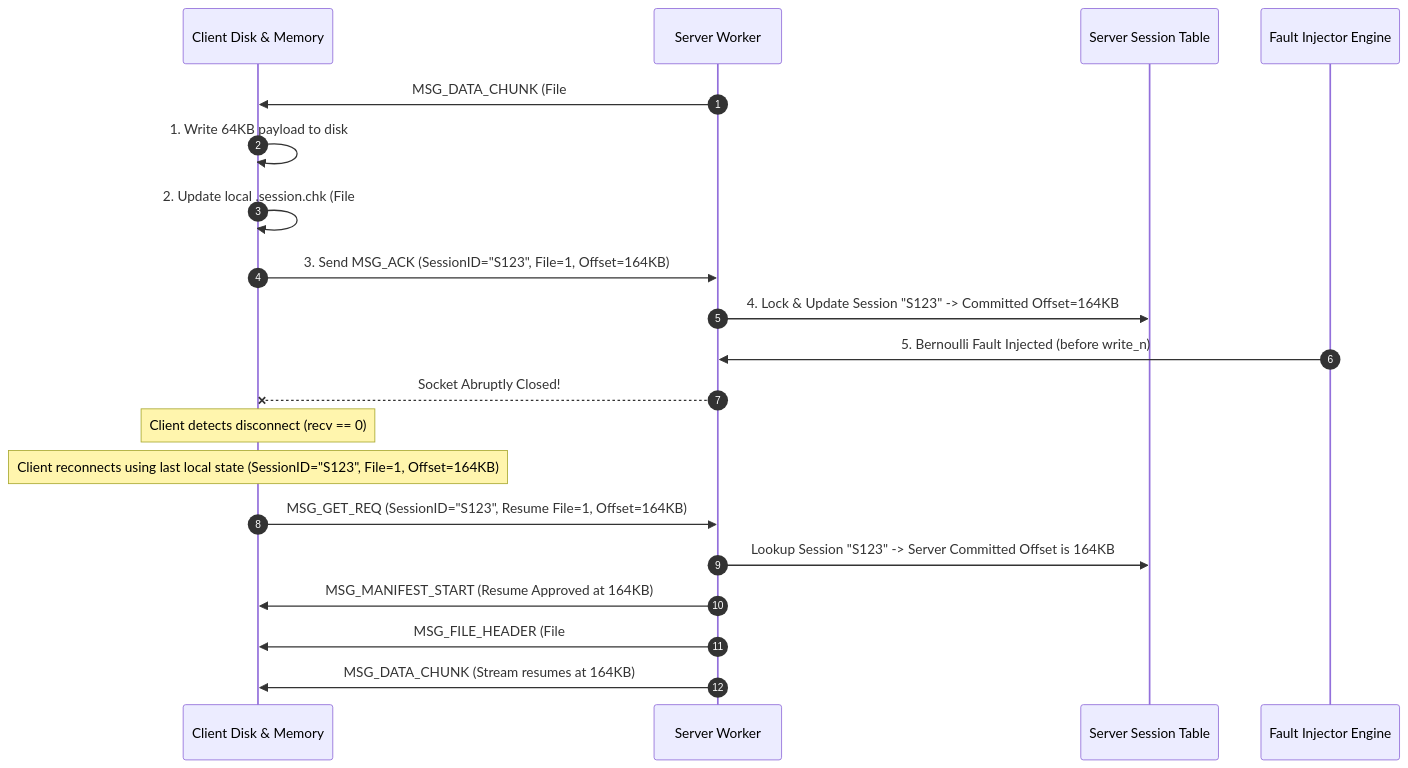
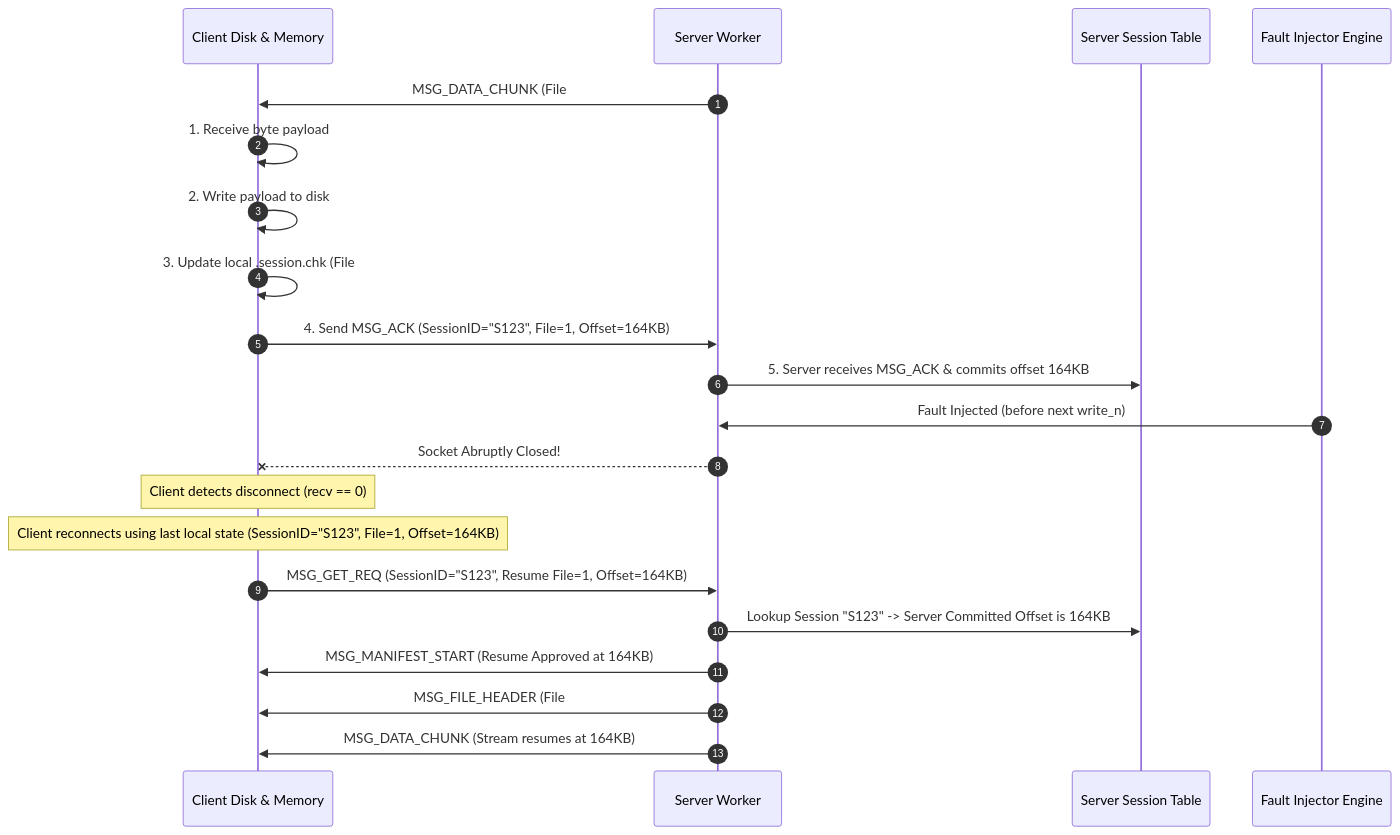
Before and after one commit to peaceparadise7-kb/IT305-Socket-Programming: the second of 2 diagrams in docs/ARCHITECTURE.md, drawn with Mermaid. The commit also changed other lines of this file and 7 other files, not shown here.

````diff
--- a/docs/ARCHITECTURE.md
+++ b/docs/ARCHITECTURE.md
@@ -82,26 +47,27 @@
 ```mermaid
 sequenceDiagram
     autonumber
     participant C as Client Disk & Memory
     participant S as Server Worker
     participant ST as Server Session Table
     participant FI as Fault Injector Engine
 
     S->>C: MSG_DATA_CHUNK (File #1, Offset=100KB, Len=64KB)
-    C->>C: 1. Write 64KB payload to disk
-    C->>C: 2. Update local .session.chk (File #1, Offset=164KB)
-    C->>S: 3. Send MSG_ACK (SessionID="S123", File=1, Offset=164KB)
-    S->>ST: 4. Lock & Update Session "S123" -> Committed Offset=164KB
+    C->>C: 1. Receive byte payload
+    C->>C: 2. Write payload to disk
+    C->>C: 3. Update local .session.chk (File #1, Offset=164KB)
+    C->>S: 4. Send MSG_ACK (SessionID="S123", File=1, Offset=164KB)
+    S->>ST: 5. Server receives MSG_ACK & commits offset 164KB
     
-    FI->>S: 5. Bernoulli Fault Injected (before write_n)
+    FI->>S: Fault Injected (before next write_n)
     S--xC: Socket Abruptly Closed!
 
     Note over C: Client detects disconnect (recv == 0)
     Note over C: Client reconnects using last local state (SessionID="S123", File=1, Offset=164KB)
     
     C->>S: MSG_GET_REQ (SessionID="S123", Resume File=1, Offset=164KB)
     S->>ST: Lookup Session "S123" -> Server Committed Offset is 164KB
     S->>C: MSG_MANIFEST_START (Resume Approved at 164KB)
     S->>C: MSG_FILE_HEADER (File #1, StartOffset=164KB)
     S->>C: MSG_DATA_CHUNK (Stream resumes at 164KB)
 ```
````
